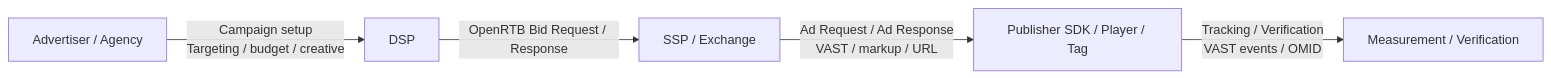
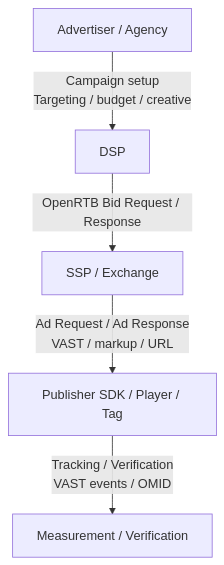
Before and after one commit to zenit9hub/ad-platform-handbook: the diagram in docs/en/standards/protocol-boundaries.md, drawn with Mermaid. The commit also changed 1 other file, not shown here.

Commit message:
sync: update handbook docs from private source

````diff
--- a/docs/en/standards/protocol-boundaries.md
+++ b/docs/en/standards/protocol-boundaries.md
@@ -22,7 +22,7 @@
 ```mermaid
-flowchart LR
+flowchart TB
     A["Advertiser / Agency"] -->|"Campaign setup\nTargeting / budget / creative"| B["DSP"]
     B -->|"OpenRTB Bid Request / Response"| C["SSP / Exchange"]
     C -->|"Ad Request / Ad Response\nVAST / markup / URL"| D["Publisher SDK / Player / Tag"]
     D -->|"Tracking / Verification\nVAST events / OMID"| E["Measurement / Verification"]
 ```
````
